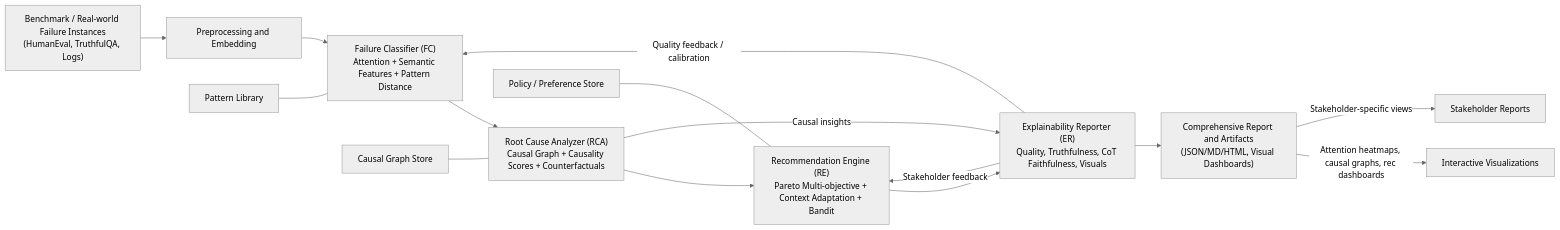
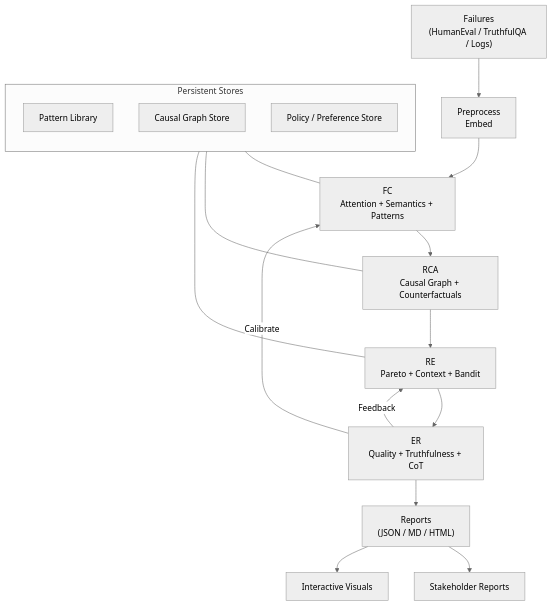
The diagram in ACADEMIC_PAPER_METHODOLOGY.md (pipeedge/evals-explainability), drawn with Mermaid (neutral theme) before and after one commit.

````diff
--- a/ACADEMIC_PAPER_METHODOLOGY.md
+++ b/ACADEMIC_PAPER_METHODOLOGY.md
@@ -54,23 +54,28 @@
 ```mermaid
-flowchart LR
-  A["Benchmark / Real-world Failure Instances<br/>(HumanEval, TruthfulQA, Logs)"] --> P["Preprocessing and Embedding"]
-  P --> FC["Failure Classifier (FC)<br/>Attention + Semantic Features + Pattern Distance"]
-  FC --> RCA["Root Cause Analyzer (RCA)<br/>Causal Graph + Causality Scores + Counterfactuals"]
-  RCA --> RE["Recommendation Engine (RE)<br/>Pareto Multi-objective + Context Adaptation + Bandit"]
-  RE --> ER["Explainability Reporter (ER)<br/>Quality, Truthfulness, CoT Faithfulness, Visuals"]
-  ER --> OUT["Comprehensive Report and Artifacts<br/>(JSON/MD/HTML, Visual Dashboards)"]
+flowchart TD
+  %% Compact, vertical layout for A4
+  A["Failures<br/>(HumanEval / TruthfulQA / Logs)"] --> P["Preprocess<br/>Embed"]
+  P --> FC["FC<br/>Attention + Semantics + Patterns"]
+  FC --> RCA["RCA<br/>Causal Graph + Counterfactuals"]
+  RCA --> RE["RE<br/>Pareto + Context + Bandit"]
+  RE --> ER["ER<br/>Quality + Truthfulness + CoT"]
+  ER --> OUT["Reports<br/>(JSON / MD / HTML)"]
+  OUT --> VIEW["Stakeholder Reports"]
+  OUT --> VIZ["Interactive Visuals"]
 
-  %% Feedback loops
-  ER -- "Quality feedback / calibration" --> FC
-  ER -- "Stakeholder feedback" --> RE
-  RCA -- "Causal insights" --> ER
+  %% Minimal feedback to reduce width
+  ER -- "Calibrate" --> FC
+  ER -- "Feedback" --> RE
 
-  %% Persistent knowledge stores
-  PL["Pattern Library"] --- FC
-  CG["Causal Graph Store"] --- RCA
-  POL["Policy / Preference Store"] --- RE
+  %% Stores stacked to the side to minimize width
+  subgraph STORES["Persistent Stores"]
+    direction TB
+    PL["Pattern Library"]
+    CG["Causal Graph Store"]
+    POL["Policy / Preference Store"]
+  end
 
-  %% Outputs
-  OUT -->|Attention heatmaps, causal graphs, rec dashboards| VIZ["Interactive Visualizations"]
-  OUT -->|Stakeholder-specific views| VIEW["Stakeholder Reports"]
+  PL --- FC
+  CG --- RCA
+  POL --- RE
 ```
````
